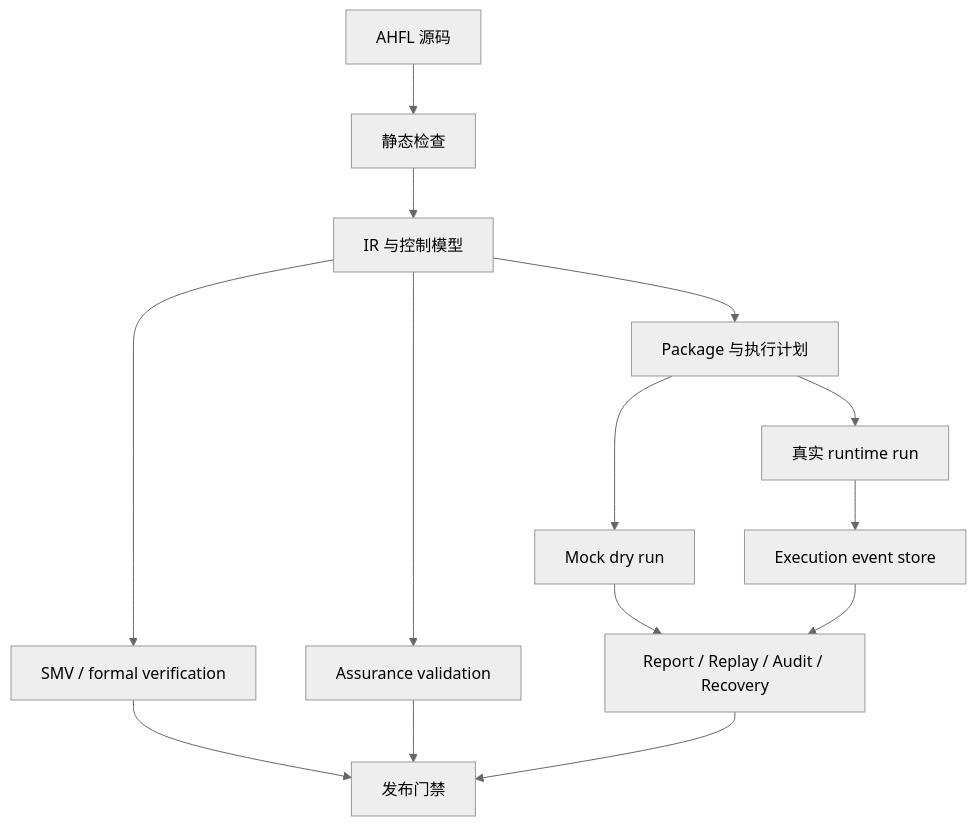
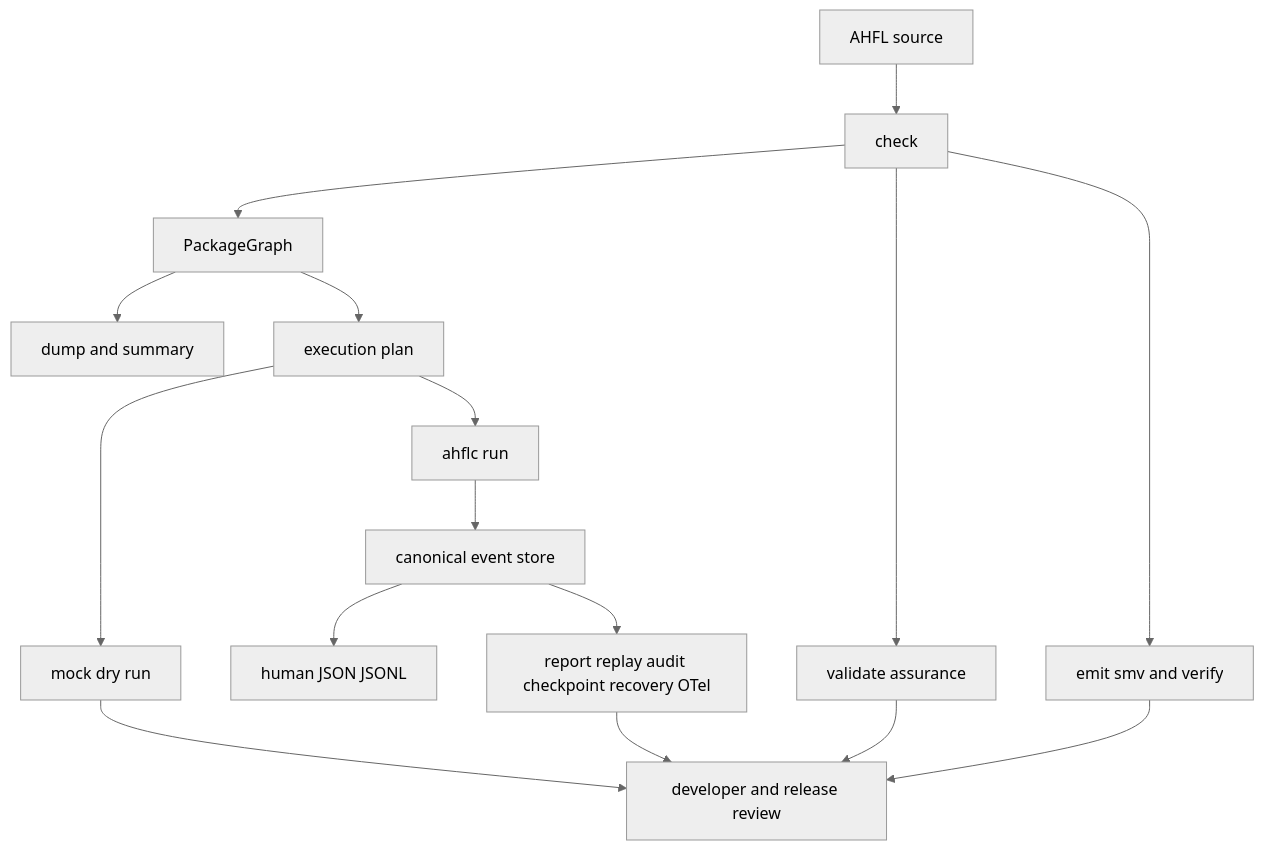
One commit to Zzzode/AHFL changed the diagram in docs/reference/user-guide-overview.zh.md. Above: the diagram before and after it, drawn with Mermaid (neutral theme). The commit also changed other lines of this file and 6 other files, not shown here.

````diff
--- a/docs/reference/user-guide-overview.zh.md
+++ b/docs/reference/user-guide-overview.zh.md
@@ -29,16 +67,18 @@
 ```mermaid
 flowchart TB
-    Source[AHFL 源码] --> Check[静态检查]
-    Check --> Model[IR 与控制模型]
-    Model --> Package[Package 与执行计划]
-    Package --> DryRun[Mock dry run]
-    Package --> Runtime[真实 runtime run]
-    Model --> Formal[SMV / formal verification]
-    Model --> Assurance[Assurance validation]
-    DryRun --> Evidence[Deterministic trace]
-    Runtime --> Events[Execution event store]
-    Events --> Evidence[Report / Replay / Audit / Recovery]
-    Formal --> Gate[发布门禁]
-    Assurance --> Gate
-    Evidence --> Gate
+    Source[AHFL source] --> Check[check]
+    Check --> Graph[PackageGraph]
+    Graph --> Inspect[dump and summary]
+    Graph --> Plan[execution plan]
+    Plan --> DryRun[mock dry run]
+    Plan --> Run[ahflc run]
+    Check --> Assurance[validate assurance]
+    Check --> Formal[emit smv and verify]
+    Run --> Events[canonical event store]
+    Events --> Render[human JSON JSONL]
+    Events --> Projections[report replay audit checkpoint recovery OTel]
+    DryRun --> Review[developer and release review]
+    Assurance --> Review
+    Formal --> Review
+    Projections --> Review
 ```
````
